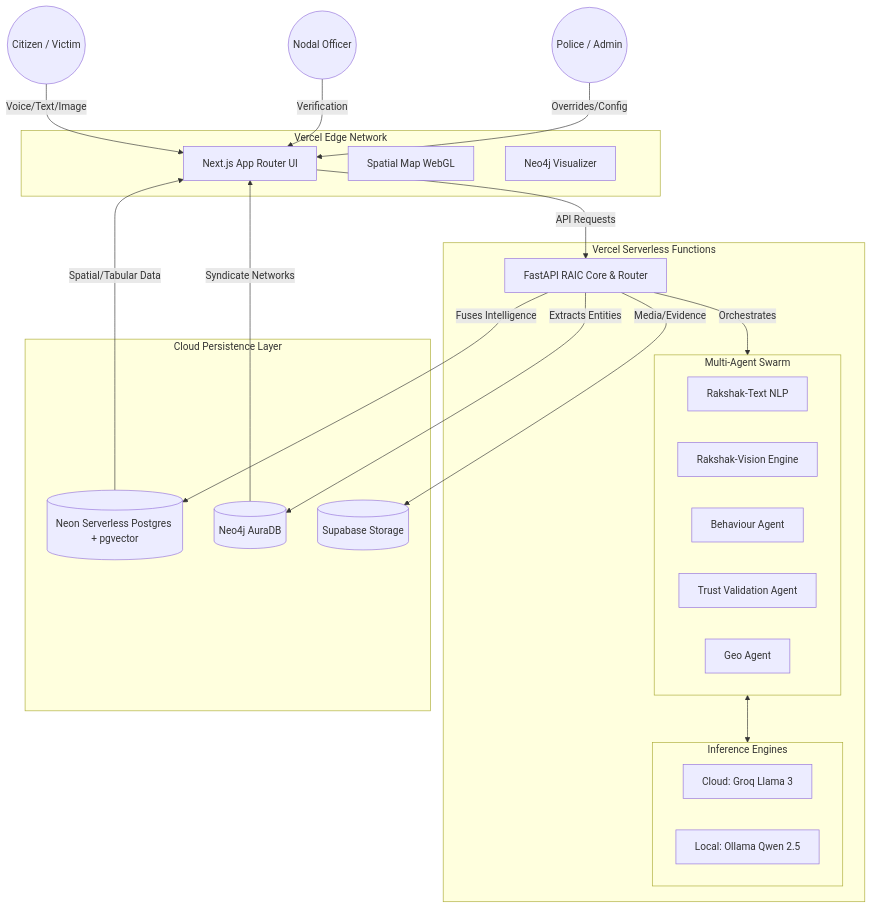
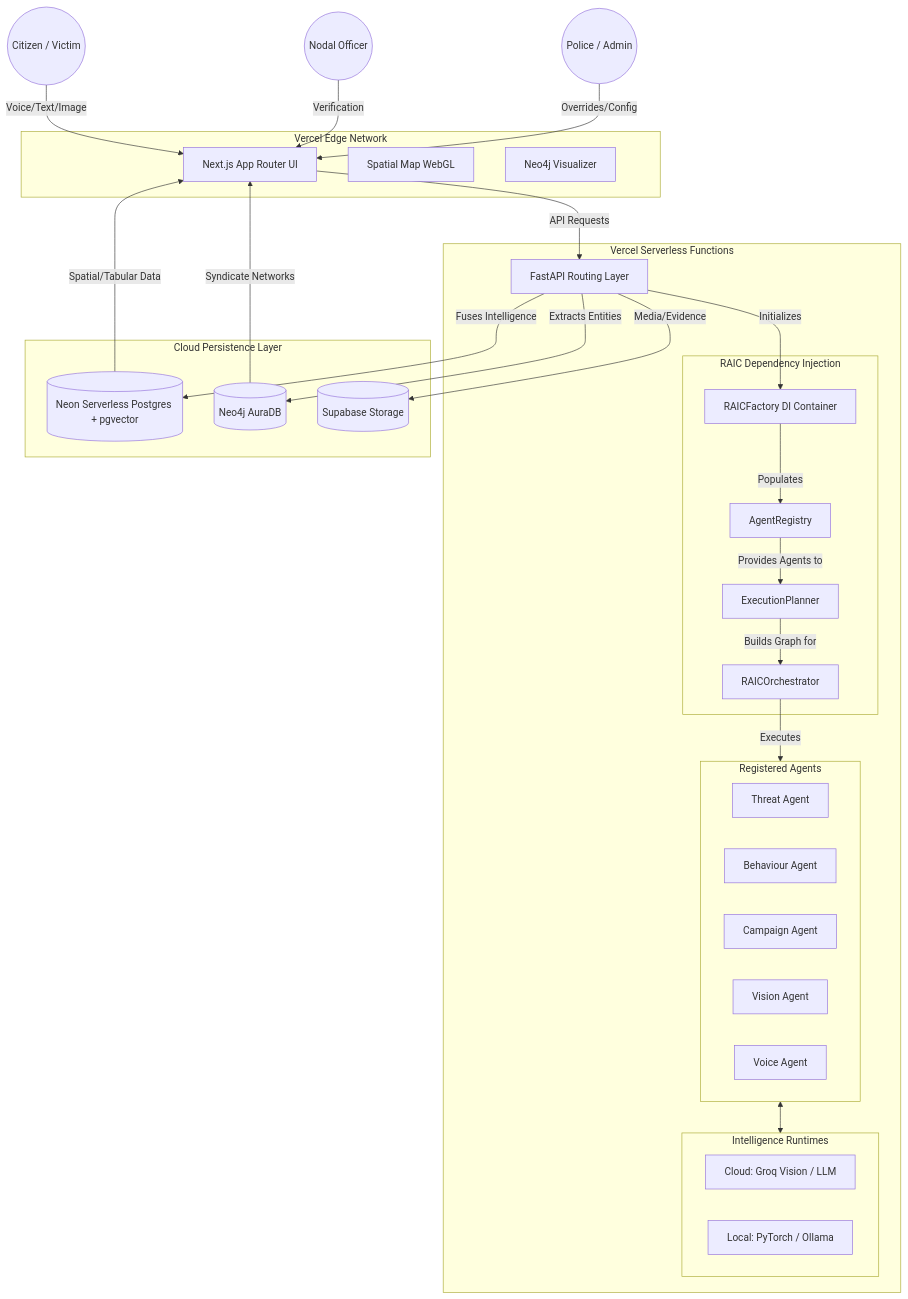
Before and after one commit to beastspirit2005/Digital-Rakshak: the diagram in README.md, drawn with Mermaid. The commit also changed other lines of this file, not shown here.

Commit message:
docs: Update README with Version 3.0 RAIC DI architecture and new graph

````diff
--- a/README.md
+++ b/README.md
@@ -58,56 +53,69 @@
 ```mermaid
 graph TD
     %% Users
     Citizen((Citizen / Victim))
     Banker((Nodal Officer))
     Admin((Police / Admin))
 
     %% Frontend UI
     subgraph Frontend [Vercel Edge Network]
         UI[Next.js App Router UI]
         Map[Spatial Map WebGL]
         Graph[Neo4j Visualizer]
     end
 
     %% API Gateway
     subgraph Backend [Vercel Serverless Functions]
-        Router[FastAPI RAIC Core & Router]
+        Router[FastAPI Routing Layer]
+        
+        %% RAIC DI Container
+        subgraph RAIC [RAIC Dependency Injection]
+            Factory[RAICFactory DI Container]
+            Registry[AgentRegistry]
+            Planner[ExecutionPlanner]
+            Orchestrator[RAICOrchestrator]
+        end
         
         %% Agents
-        subgraph MAIF [Multi-Agent Swarm]
-            TextA[Rakshak-Text NLP]
-            VisA[Rakshak-Vision Engine]
+        subgraph Agents [Registered Agents]
+            ThreatA[Threat Agent]
             BehA[Behaviour Agent]
-            TrustA[Trust Validation Agent]
-            GeoA[Geo Agent]
+            CampA[Campaign Agent]
+            VisA[Vision Agent]
+            VoiceA[Voice Agent]
         end
         
-        %% External / Internal Models
-        subgraph Inference [Inference Engines]
-            Cloud[Cloud: Groq Llama 3]
-            Local[Local: Ollama Qwen 2.5]
+        %% RIE Runtimes
+        subgraph RIE [Intelligence Runtimes]
+            Cloud[Cloud: Groq Vision / LLM]
+            Local[Local: PyTorch / Ollama]
         end
     end
 
     %% Persistence
     subgraph Databases [Cloud Persistence Layer]
         PG[(Neon Serverless Postgres + pgvector)]
         Neo[(Neo4j AuraDB)]
         Storage[(Supabase Storage)]
     end
 
     %% Flow
     Citizen -->|Voice/Text/Image| UI
     Banker -->|Verification| UI
     Admin -->|Overrides/Config| UI
     
     UI -->|API Requests| Router
-    Router -->|Orchestrates| MAIF
-    MAIF <--> Inference
+    Router -->|Initializes| Factory
+    Factory -->|Populates| Registry
+    Registry -->|Provides Agents to| Planner
+    Planner -->|Builds Graph for| Orchestrator
+    Orchestrator -->|Executes| Agents
+    Agents <--> RIE
+    
     Router -->|Fuses Intelligence| PG
     Router -->|Extracts Entities| Neo
     Router -->|Media/Evidence| Storage
     
     PG -->|Spatial/Tabular Data| UI
     Neo -->|Syndicate Networks| UI
 ```
````
